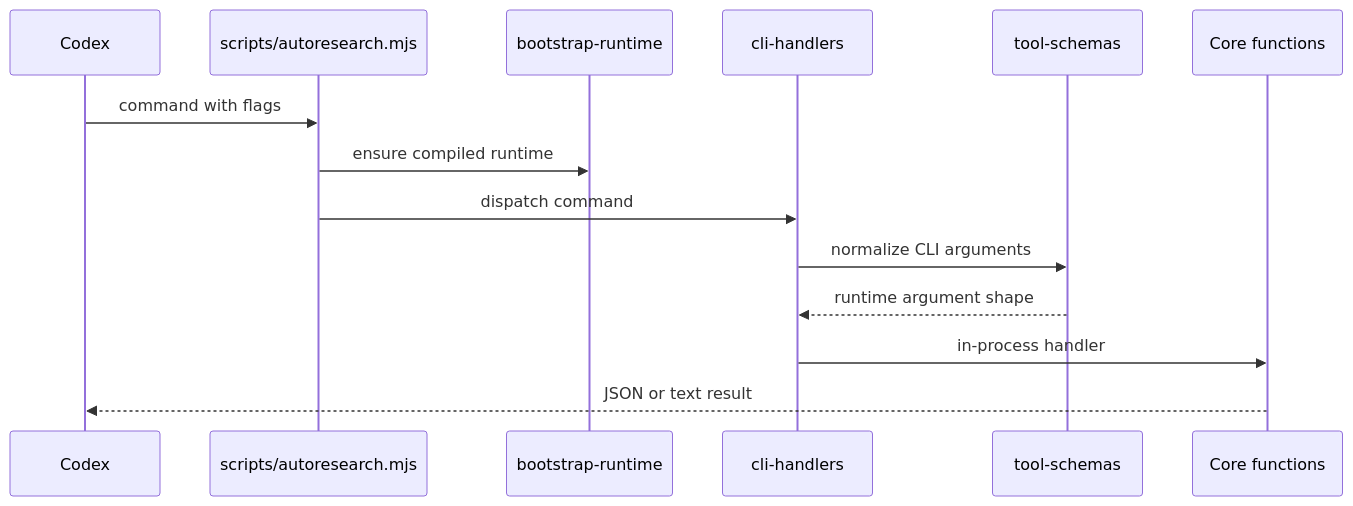
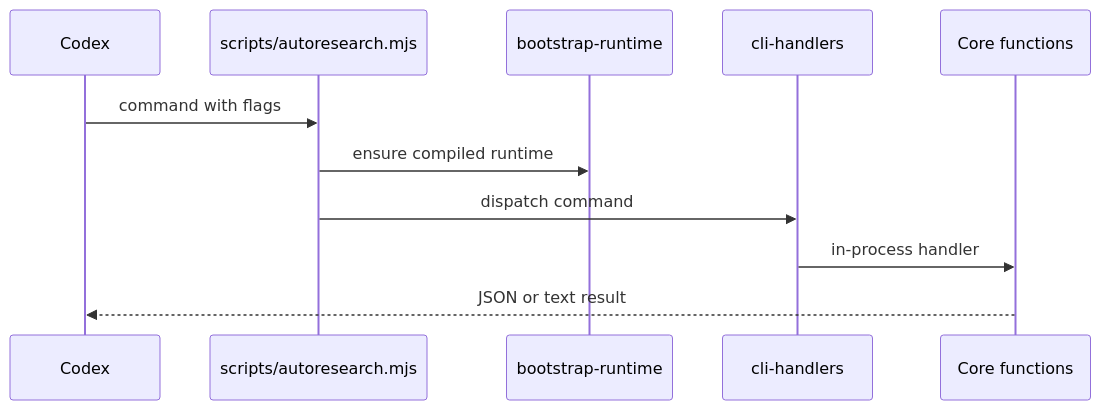
One commit to TheGreenCedar/codex-autoresearch changed the seventh of 8 diagrams in plugins/codex-autoresearch/docs/architecture.md. Above: the diagram before and after it, drawn with Mermaid. The commit also changed other lines of this file and 27 other files, not shown here.

````diff
--- a/plugins/codex-autoresearch/docs/architecture.md
+++ b/plugins/codex-autoresearch/docs/architecture.md
@@ -130,17 +130,14 @@
 ```mermaid
 sequenceDiagram
   participant Codex
   participant CLI as scripts/autoresearch.mjs
   participant Bootstrap as bootstrap-runtime
   participant Handlers as cli-handlers
-  participant Schema as tool-schemas
   participant Core as Core functions
 
   Codex->>CLI: command with flags
   CLI->>Bootstrap: ensure compiled runtime
   CLI->>Handlers: dispatch command
-  Handlers->>Schema: normalize CLI arguments
-  Schema-->>Handlers: runtime argument shape
   Handlers->>Core: in-process handler
   Core-->>Codex: JSON or text result
 ```
````
